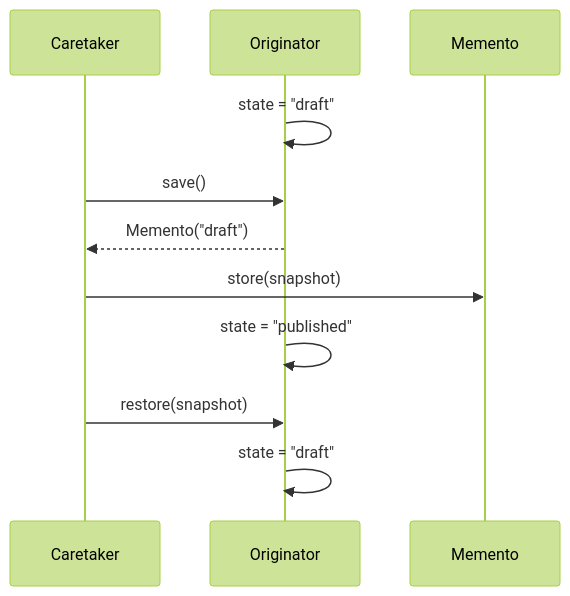
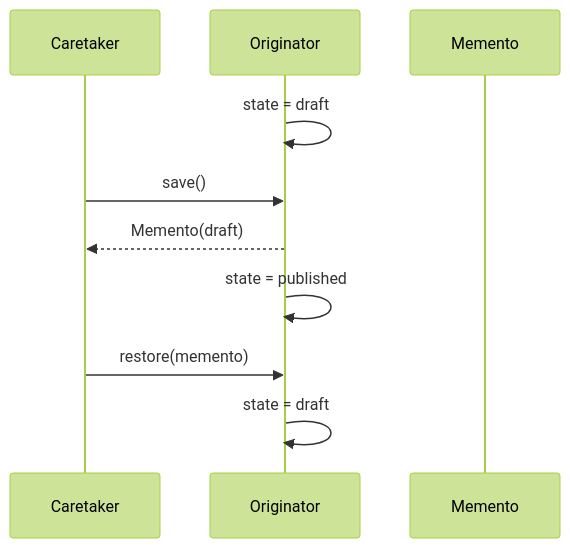
One commit to ChicoDotNet/Genkidama changed the diagram in wiki/Memento.md. Above: the diagram before and after it, drawn with Mermaid (forest theme). The commit also changed other lines of this file, not shown here.

Commit message:
docs: certify first Memento canonical cohort

````diff
--- a/wiki/Memento.md
+++ b/wiki/Memento.md
@@ -54,14 +52,12 @@
 ```mermaid
 sequenceDiagram
     participant C as Caretaker
     participant O as Originator
     participant M as Memento
-
-    O->>O: state = "draft"
+    O->>O: state = draft
     C->>O: save()
-    O-->>C: Memento("draft")
-    C->>M: store(snapshot)
-    O->>O: state = "published"
-    C->>O: restore(snapshot)
-    O->>O: state = "draft"
+    O-->>C: Memento(draft)
+    O->>O: state = published
+    C->>O: restore(memento)
+    O->>O: state = draft
 ```
````
